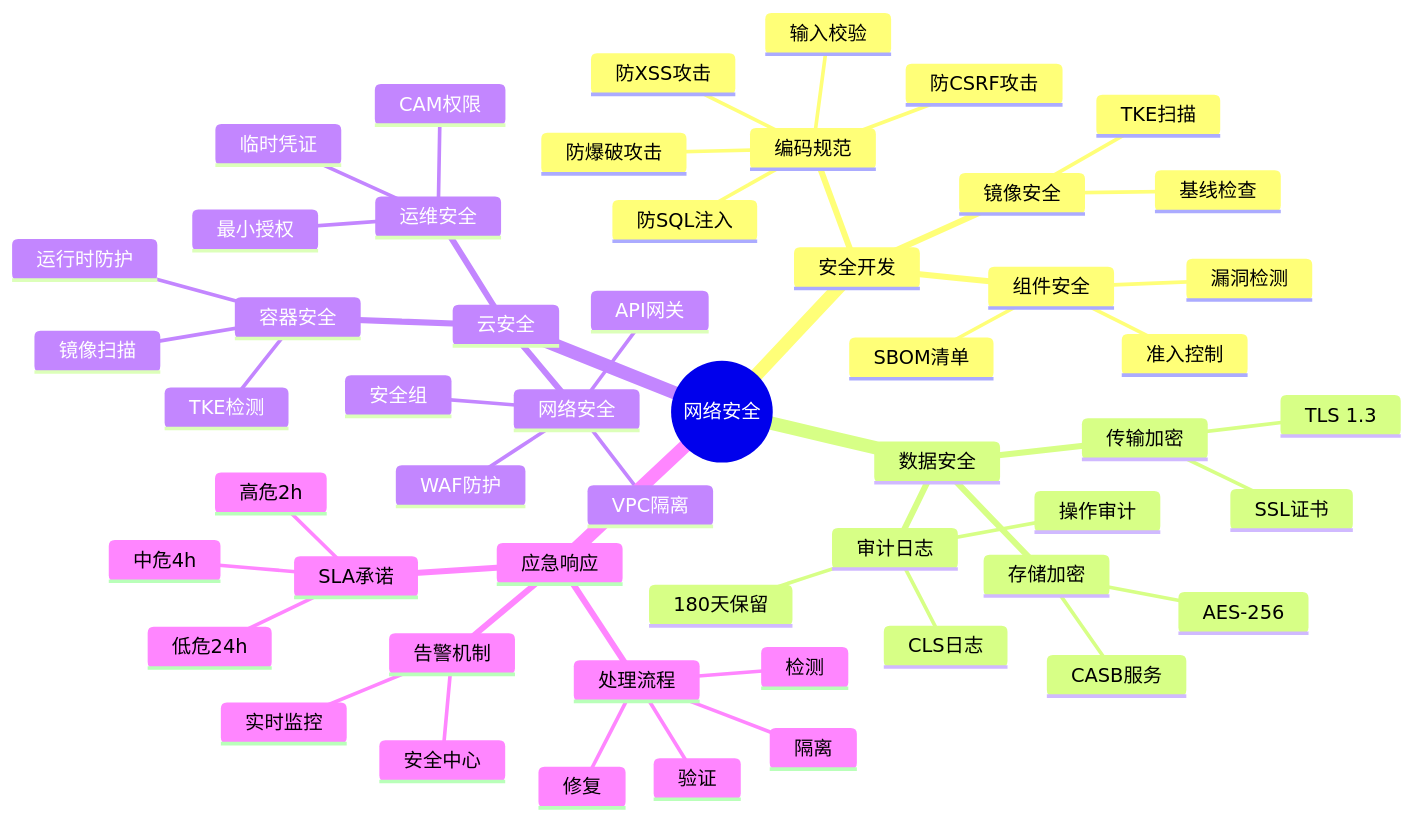
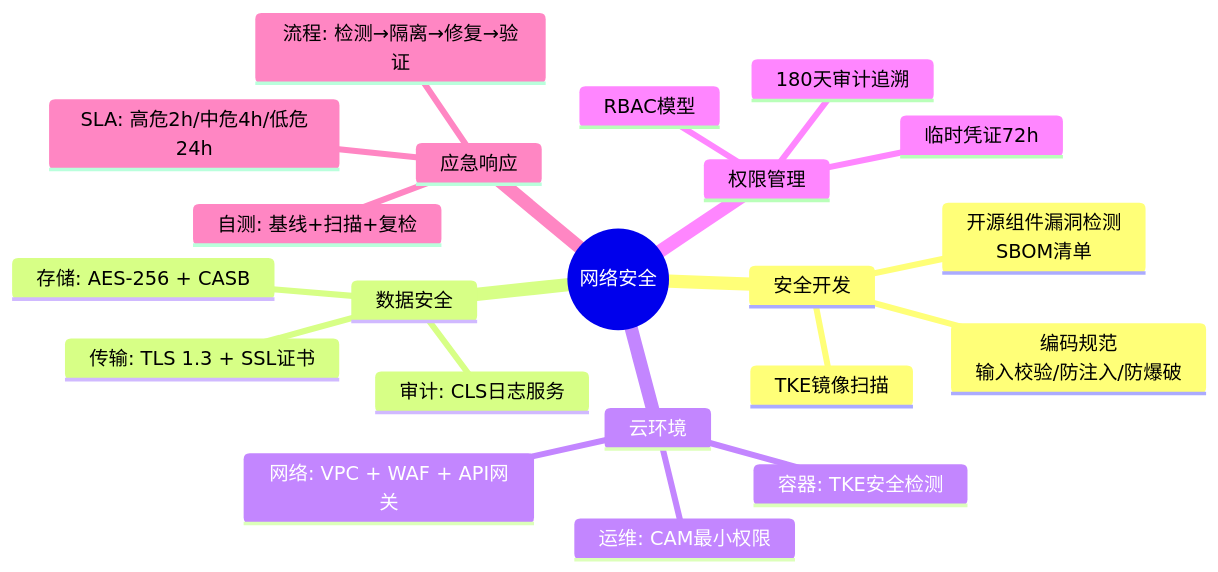
Before and after one commit to Not-have/file: the seventh of 7 diagrams in docs-网络安全.md, drawn with Mermaid. The commit also changed 1 other file, not shown here.

Commit message:
feat: 格式话

````diff
--- a/docs-网络安全.md
+++ b/docs-网络安全.md
@@ -304,56 +304,24 @@
 ```mermaid
 mindmap
   root((网络安全))
     安全开发
-      编码规范
-        输入校验
-        防SQL注入
-        防XSS攻击
-        防CSRF攻击
-        防爆破攻击
-      镜像安全
-        TKE扫描
-        基线检查
-      组件安全
-        漏洞检测
-        SBOM清单
-        准入控制
+      编码规范<br/>输入校验/防注入/防爆破
+      TKE镜像扫描
+      开源组件漏洞检测<br/>SBOM清单
     数据安全
-      传输加密
-        TLS 1.3
-        SSL证书
-      存储加密
-        AES-256
-        CASB服务
-      审计日志
-        CLS日志
-        操作审计
-        180天保留
-    云安全
-      运维安全
-        CAM权限
-        最小授权
-        临时凭证
-      网络安全
-        VPC隔离
-        安全组
-        WAF防护
-        API网关
-      容器安全
-        TKE检测
-        运行时防护
-        镜像扫描
+      传输: TLS 1.3 + SSL证书
+      存储: AES-256 + CASB
+      审计: CLS日志服务
+    云环境
+      运维: CAM最小权限
+      网络: VPC + WAF + API网关
+      容器: TKE安全检测
+    权限管理
+      RBAC模型
+      临时凭证72h
+      180天审计追溯
     应急响应
-      告警机制
-        安全中心
-        实时监控
-      SLA承诺
-        高危2h
-        中危4h
-        低危24h
-      处理流程
-        检测
-        隔离
-        修复
-        验证
+      SLA: 高危2h/中危4h/低危24h
+      流程: 检测→隔离→修复→验证
+      自测: 基线+扫描+复检
 ```
````
